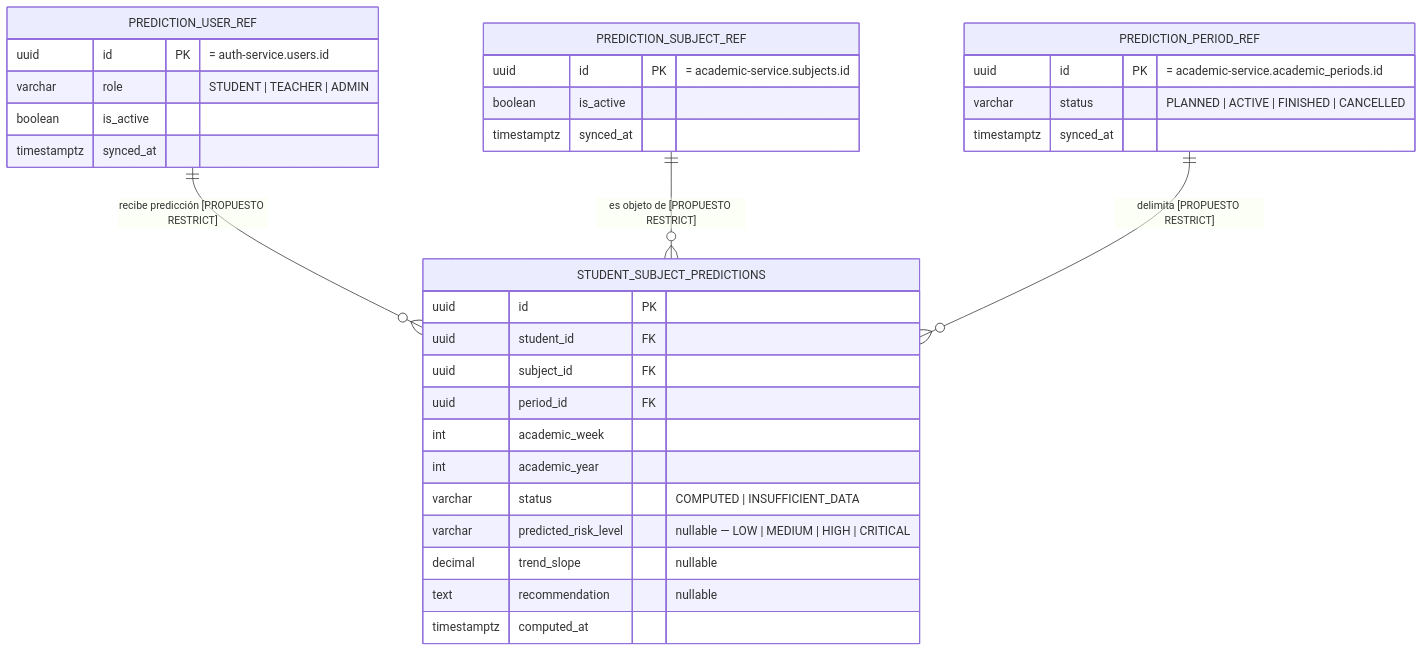
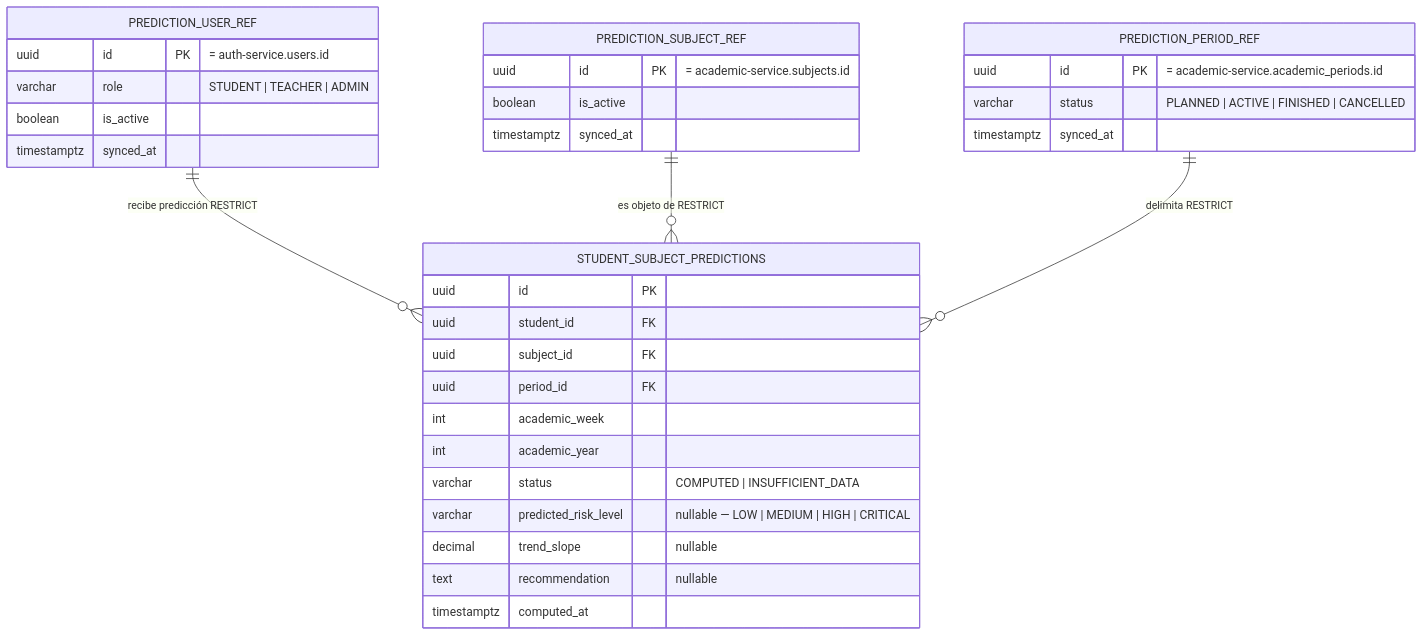
Before and after one commit to MentoraPredict/MentoraPredict: the sixth of 6 diagrams in docs/database/entity-relationship-diagram.md, drawn with Mermaid. The commit also changed other lines of this file and 26 other files, not shown here.

First line of the commit message:
feat(backend): separate subject catalog from period-scoped offering

````diff
--- a/docs/database/entity-relationship-diagram.md
+++ b/docs/database/entity-relationship-diagram.md
@@ -795,39 +797,39 @@
 ```mermaid
 erDiagram
     STUDENT_SUBJECT_PREDICTIONS {
         uuid id PK
         uuid student_id FK
         uuid subject_id FK
         uuid period_id FK
         int academic_week
         int academic_year
         varchar status "COMPUTED | INSUFFICIENT_DATA"
         varchar predicted_risk_level "nullable — LOW | MEDIUM | HIGH | CRITICAL"
         decimal trend_slope "nullable"
         text recommendation "nullable"
         timestamptz computed_at
     }
 
     PREDICTION_USER_REF {
         uuid id PK "= auth-service.users.id"
         varchar role "STUDENT | TEACHER | ADMIN"
         boolean is_active
         timestamptz synced_at
     }
 
     PREDICTION_SUBJECT_REF {
         uuid id PK "= academic-service.subjects.id"
         boolean is_active
         timestamptz synced_at
     }
 
     PREDICTION_PERIOD_REF {
         uuid id PK "= academic-service.academic_periods.id"
         varchar status "PLANNED | ACTIVE | FINISHED | CANCELLED"
         timestamptz synced_at
     }
 
-    PREDICTION_USER_REF ||--o{ STUDENT_SUBJECT_PREDICTIONS : "recibe predicción [PROPUESTO RESTRICT]"
-    PREDICTION_SUBJECT_REF ||--o{ STUDENT_SUBJECT_PREDICTIONS : "es objeto de [PROPUESTO RESTRICT]"
-    PREDICTION_PERIOD_REF ||--o{ STUDENT_SUBJECT_PREDICTIONS : "delimita [PROPUESTO RESTRICT]"
+    PREDICTION_USER_REF ||--o{ STUDENT_SUBJECT_PREDICTIONS : "recibe predicción RESTRICT"
+    PREDICTION_SUBJECT_REF ||--o{ STUDENT_SUBJECT_PREDICTIONS : "es objeto de RESTRICT"
+    PREDICTION_PERIOD_REF ||--o{ STUDENT_SUBJECT_PREDICTIONS : "delimita RESTRICT"
 ```
````
